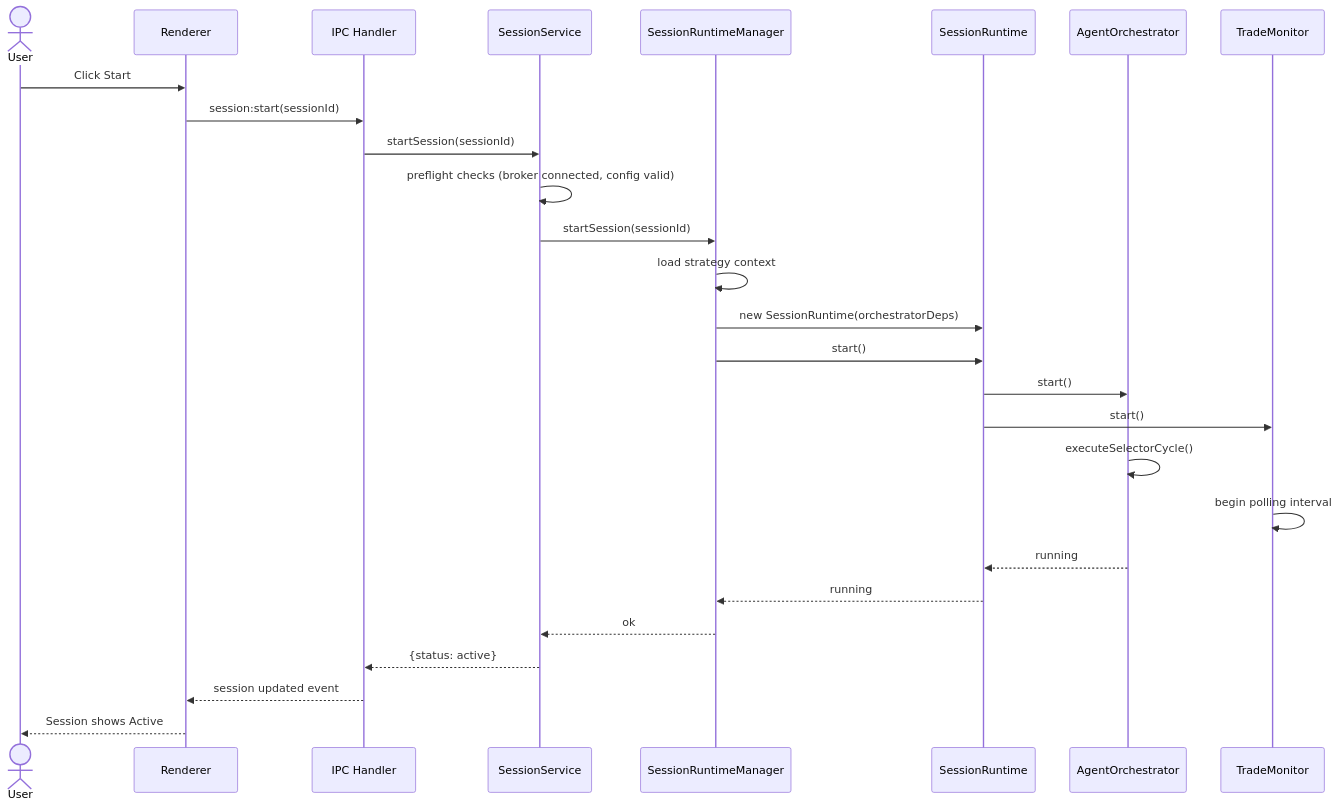
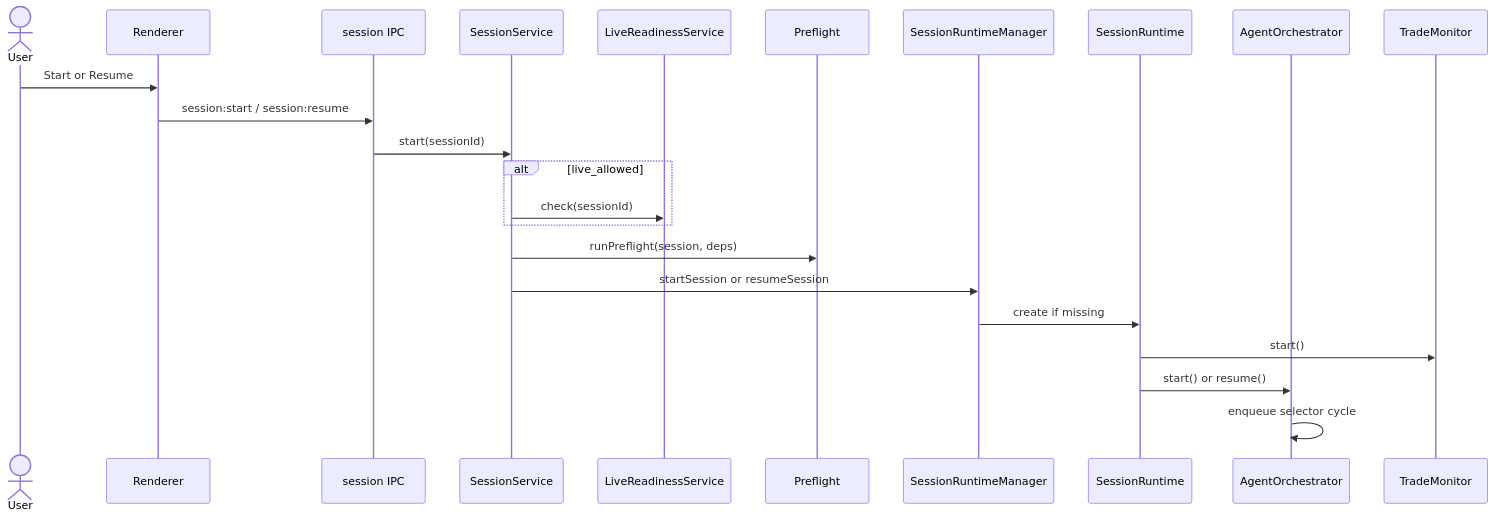
The fifth of 16 diagrams in docs/architecture/ai-runtime.md (KennethAtchon/Exva), drawn with Mermaid before and after one commit. The commit also changed other lines of this file and 42 other files, not shown here.

````diff
--- a/docs/architecture/ai-runtime.md
+++ b/docs/architecture/ai-runtime.md
@@ -249,30 +218,26 @@
 ```mermaid
 sequenceDiagram
     actor User
     participant UI as Renderer
-    participant IPC as IPC Handler
+    participant IPC as session IPC
     participant SS as SessionService
-    participant SM as SessionRuntimeManager
-    participant SR as SessionRuntime
+    participant LR as LiveReadinessService
+    participant PF as Preflight
+    participant SRM as SessionRuntimeManager
+    participant RT as SessionRuntime
     participant AO as AgentOrchestrator
     participant TM as TradeMonitor
 
-    User->>UI: Click Start
-    UI->>IPC: session:start(sessionId)
-    IPC->>SS: startSession(sessionId)
-    SS->>SS: preflight checks (broker connected, config valid)
-    SS->>SM: startSession(sessionId)
-    SM->>SM: load strategy context
-    SM->>SR: new SessionRuntime(orchestratorDeps)
-    SM->>SR: start()
-    SR->>AO: start()
-    SR->>TM: start()
-    AO->>AO: executeSelectorCycle()
-    TM->>TM: begin polling interval
-    AO-->>SR: running
-    SR-->>SM: running
-    SM-->>SS: ok
-    SS-->>IPC: {status: active}
-    IPC-->>UI: session updated event
-    UI-->>User: Session shows Active
+    User->>UI: Start or Resume
+    UI->>IPC: session:start / session:resume
+    IPC->>SS: start(sessionId)
+    alt live_allowed
+        SS->>LR: check(sessionId)
+    end
+    SS->>PF: runPreflight(session, deps)
+    SS->>SRM: startSession or resumeSession
+    SRM->>RT: create if missing
+    RT->>TM: start()
+    RT->>AO: start() or resume()
+    AO->>AO: enqueue selector cycle
 ```
````
